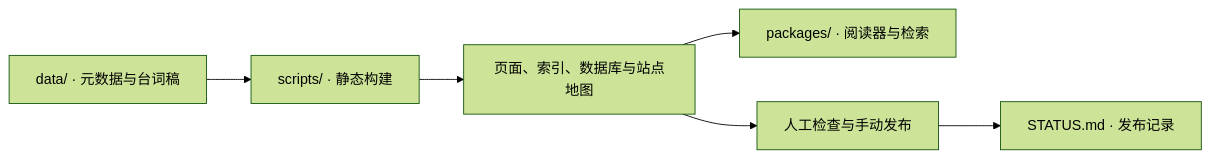
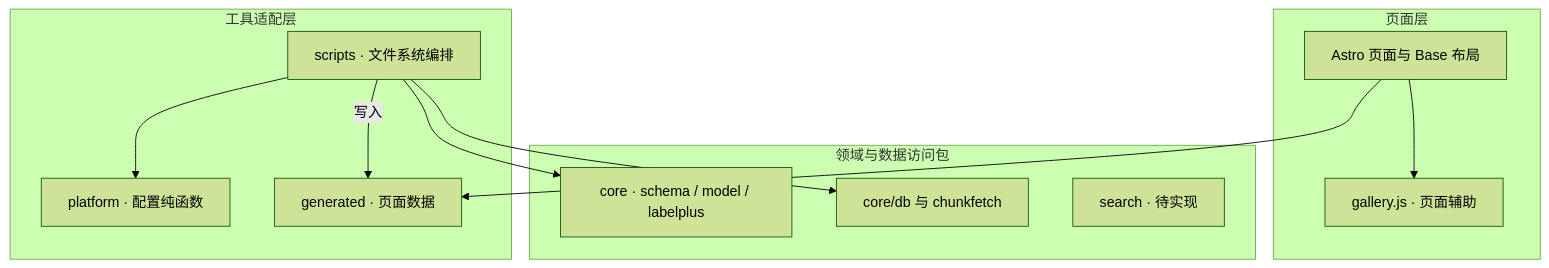
Before and after one commit to CyberNova2333/pagehaven: the diagram in README.md, drawn with Mermaid (forest theme). The commit also changed other lines of this file, not shown here.

````diff
--- a/README.md
+++ b/README.md
@@ -21,8 +25,23 @@
 ```mermaid
-flowchart LR
-    Input["data/ · 元数据与台词稿"] --> Build["scripts/ · 静态构建"]
-    Build --> Output["页面、索引、数据库与站点地图"]
-    Output --> UI["packages/ · 阅读器与检索"]
-    Output --> Release["人工检查与手动发布"]
-    Release --> Status["STATUS.md · 发布记录"]
+flowchart TB
+    subgraph L0["页面层"]
+        PAGE["Astro 页面与 Base 布局"]
+        VIEW["gallery.js · 页面辅助"]
+    end
+    subgraph L1["领域与数据访问包"]
+        CORE["core · schema / model / labelplus"]
+        DB["core/db 与 chunkfetch"]
+        SEARCH["search · 待实现"]
+    end
+    subgraph L2["工具适配层"]
+        TOOLS["scripts · 文件系统编排"]
+        PLATFORM["platform · 配置纯函数"]
+        DATA["generated · 页面数据"]
+    end
+    PAGE --> VIEW
+    PAGE --> DATA
+    TOOLS --> CORE
+    TOOLS --> DB
+    TOOLS --> PLATFORM
+    TOOLS -->|写入| DATA
 ```
````
